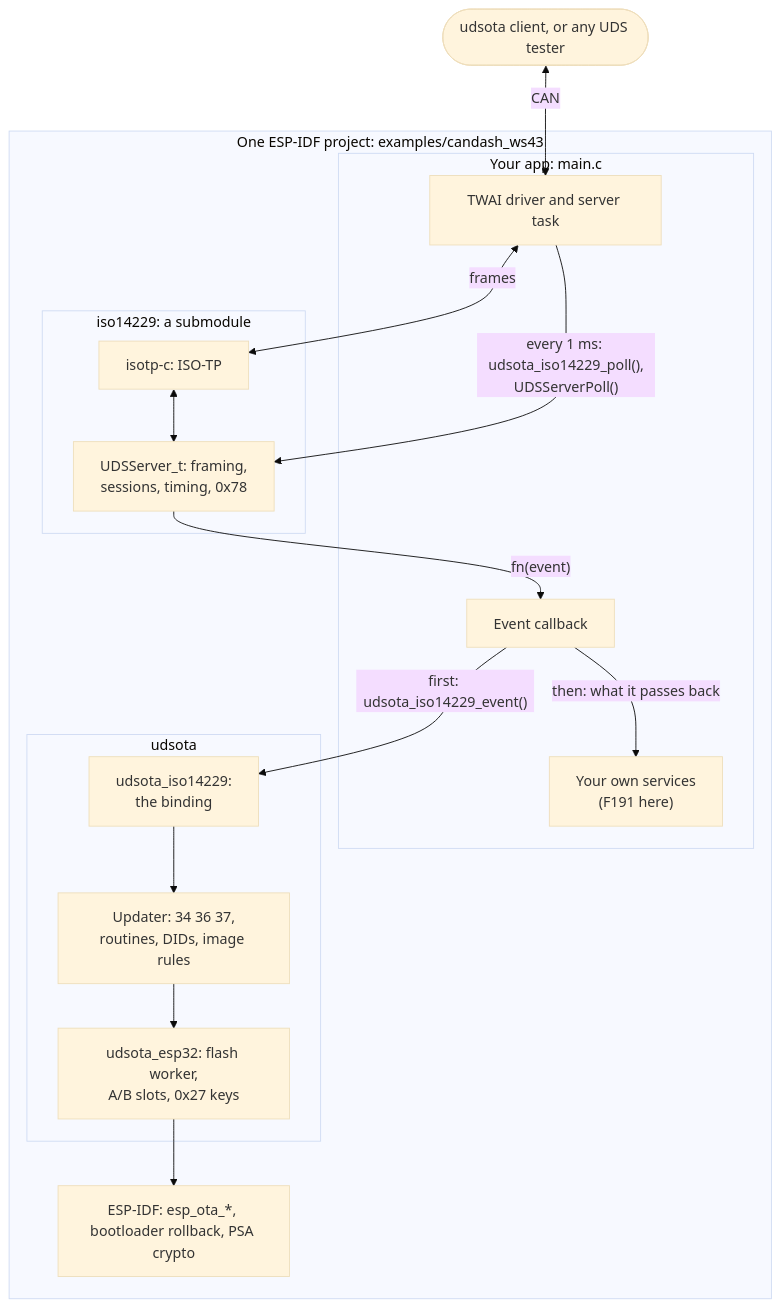
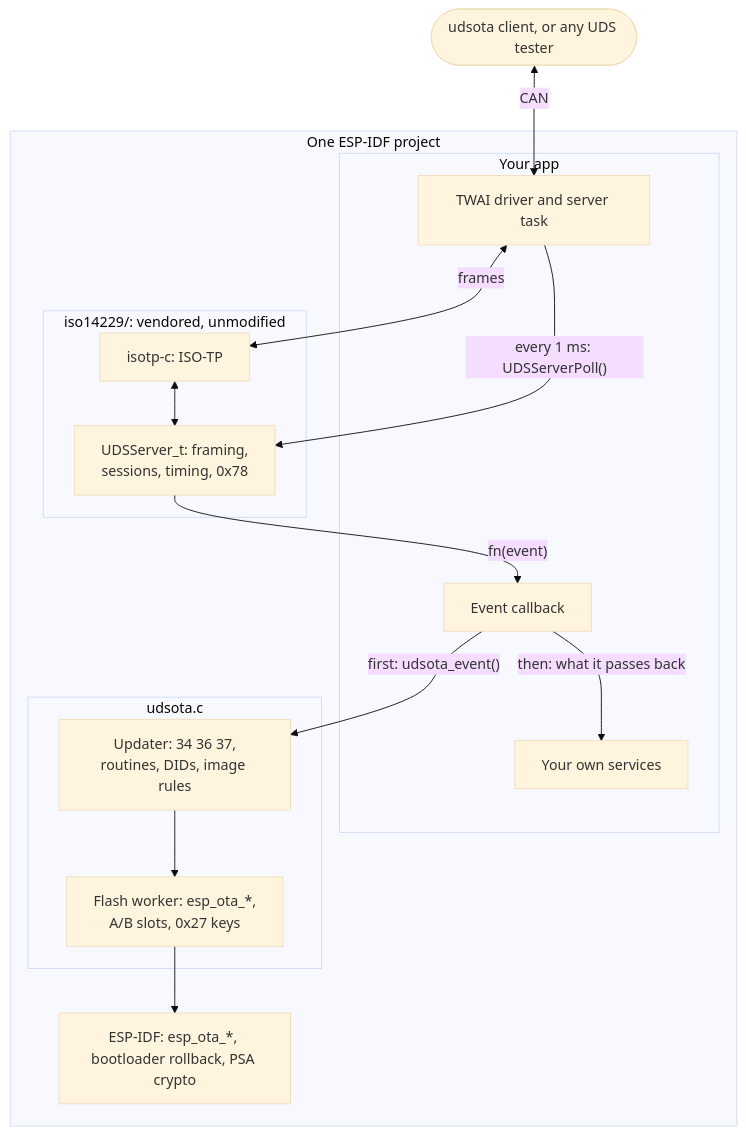
The diagram in README.md (ramb0t/udsota), drawn with Mermaid (base theme) before and after one commit. The commit also changed other lines of this file and 102 other files, not shown here.

````diff
--- a/README.md
+++ b/README.md
@@ -9,29 +30,28 @@
 ```mermaid
 flowchart TB
     tester(["udsota client, or any UDS tester"])
-    subgraph project["One ESP-IDF project: examples/candash_ws43"]
-        subgraph app["Your app: main.c"]
+    subgraph project["One ESP-IDF project"]
+        subgraph app["Your app"]
             io["TWAI driver and server task"]
             callback["Event callback"]
-            own["Your own services<br/>(F191 here)"]
+            own["Your own services"]
         end
-        subgraph iso["iso14229: a submodule"]
+        subgraph iso["iso14229/: vendored, unmodified"]
             isotp["isotp-c: ISO-TP"]
             server["UDSServer_t: framing,<br/>sessions, timing, 0x78"]
         end
-        subgraph udsota["udsota"]
-            binding["udsota_iso14229:<br/>the binding"]
+        subgraph udsota["udsota.c"]
             updater["Updater: 34 36 37,<br/>routines, DIDs, image rules"]
-            port["udsota_esp32: flash worker,<br/>A/B slots, 0x27 keys"]
+            worker["Flash worker: esp_ota_*,<br/>A/B slots, 0x27 keys"]
         end
         idf["ESP-IDF: esp_ota_*, bootloader rollback, PSA crypto"]
     end
     tester <-->|CAN| io
     io <-->|frames| isotp
     isotp <--> server
-    io -->|"every 1 ms: udsota_iso14229_poll(),<br/>UDSServerPoll()"| server
+    io -->|"every 1 ms: UDSServerPoll()"| server
     server -->|"fn(event)"| callback
-    callback -->|"first: udsota_iso14229_event()"| binding
+    callback -->|"first: udsota_event()"| updater
     callback -->|"then: what it passes back"| own
-    binding --> updater --> port --> idf
+    updater --> worker --> idf
 ```
````
